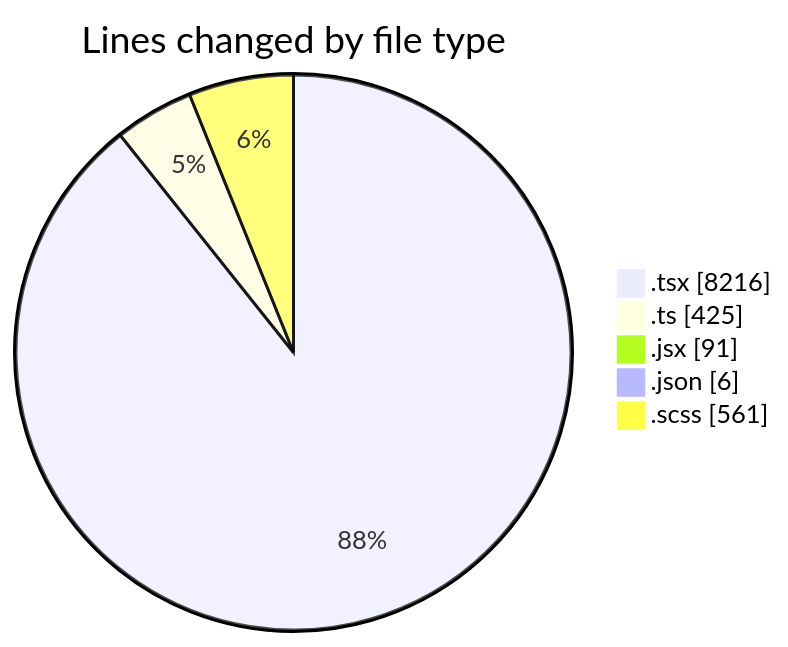
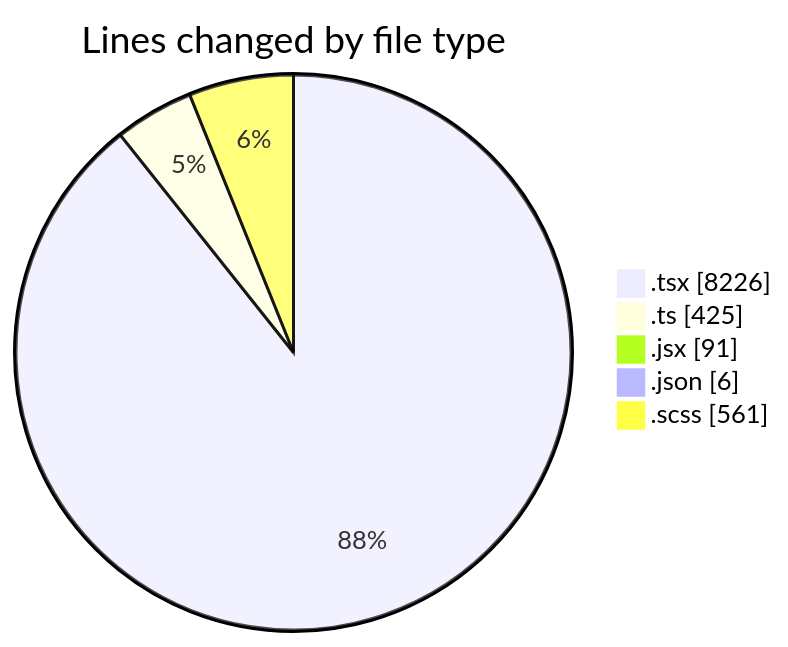
One commit to momahboobian/code-tracking changed the first of 2 diagrams in 2026-04-27/cda/README.md. Above: the diagram before and after it, drawn with Mermaid. The commit also changed other lines of this file and 1 other file, not shown here.

````diff
--- a/2026-04-27/cda/README.md
+++ b/2026-04-27/cda/README.md
@@ -55,9 +55,9 @@
 ```mermaid
 pie showData
 title Lines changed by file type
-".tsx" : 8216
+".tsx" : 8226
 ".ts" : 425
 ".jsx" : 91
 ".json" : 6
 ".scss" : 561
 ```
````
